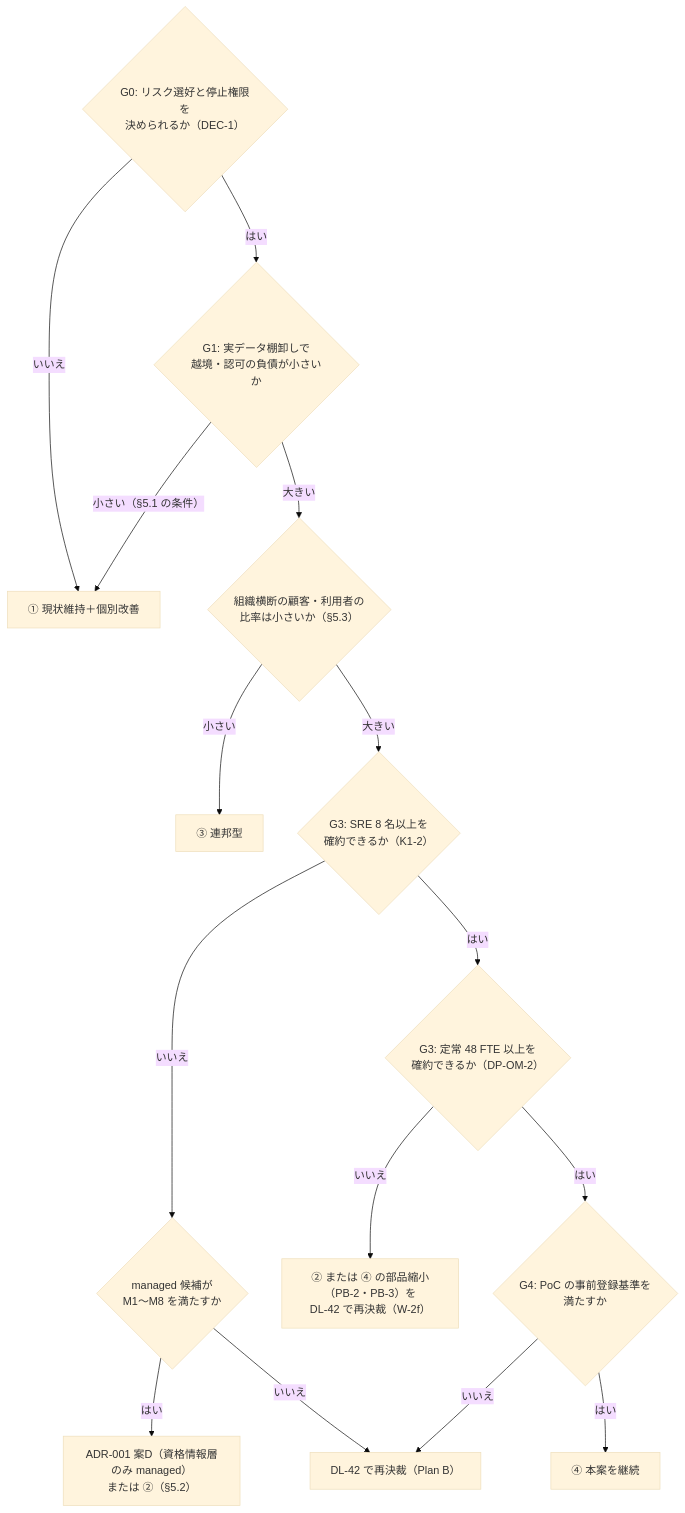
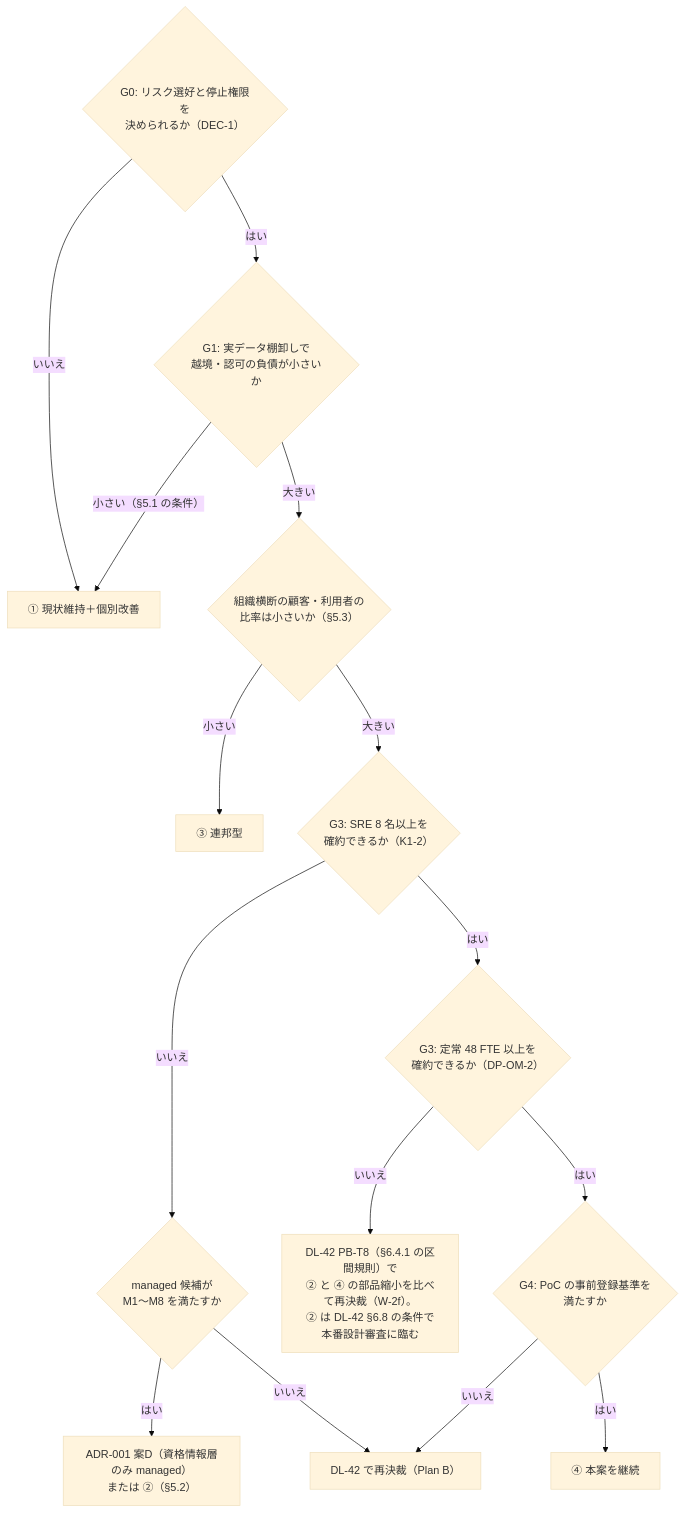
One commit to Takenori-Kusaka/auth-stack changed the diagram in 00_decision/08-alternatives-comparison.md. Above: the diagram before and after it, drawn with Mermaid (base theme). The commit also changed other lines of this file and 42 other files, not shown here.

````diff
--- a/00_decision/08-alternatives-comparison.md
+++ b/00_decision/08-alternatives-comparison.md
@@ -214,17 +240,17 @@
 ```mermaid
 flowchart TD
   G0{"G0: リスク選好と停止権限を<br/>決められるか（DEC-1）"} -->|いいえ| A1["① 現状維持＋個別改善"]
   G0 -->|はい| G1{"G1: 実データ棚卸しで<br/>越境・認可の負債が小さいか"}
   G1 -->|小さい（§5.1 の条件）| A1
   G1 -->|大きい| X{"組織横断の顧客・利用者の<br/>比率は小さいか（§5.3）"}
   X -->|小さい| A3["③ 連邦型"]
   X -->|大きい| G3{"G3: SRE 8 名以上を<br/>確約できるか（K1-2）"}
   G3 -->|いいえ| M{"managed 候補が<br/>M1〜M8 を満たすか"}
   M -->|はい| A2D["ADR-001 案D（資格情報層のみ managed）<br/>または ②（§5.2）"]
   M -->|いいえ| PB["DL-42 で再決裁（Plan B）"]
   G3 -->|はい| F{"G3: 定常 48 FTE 以上を<br/>確約できるか（DP-OM-2）"}
-  F -->|いいえ| A2["② または ④ の部品縮小（PB-2・PB-3）を<br/>DL-42 で再決裁（W-2f）"]
+  F -->|いいえ| A2["DL-42 PB-T8（§6.4.1 の区間規則）で<br/>② と ④ の部品縮小を比べて再決裁（W-2f）。<br/>② は DL-42 §6.8 の条件で本番設計審査に臨む"]
   F -->|はい| G4{"G4: PoC の事前登録基準を<br/>満たすか"}
   G4 -->|はい| A4["④ 本案を継続"]
   G4 -->|いいえ| PB
 ```
````
